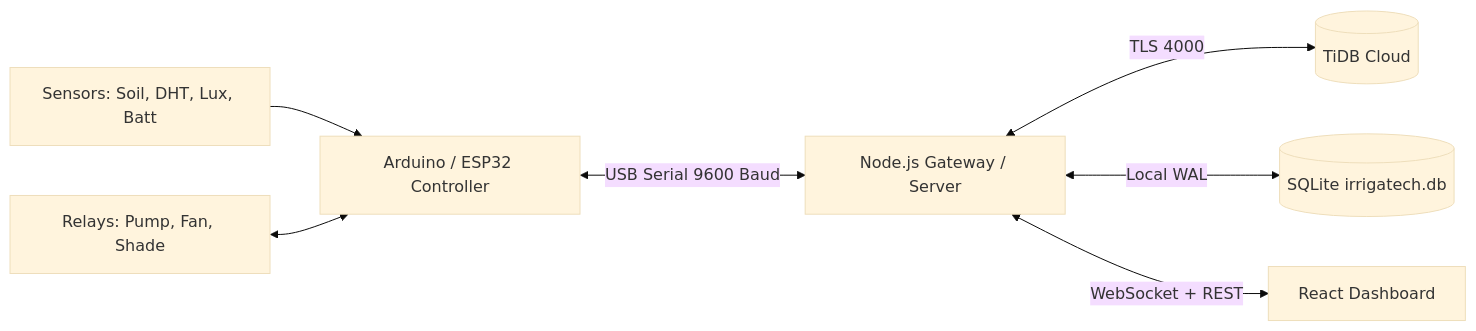
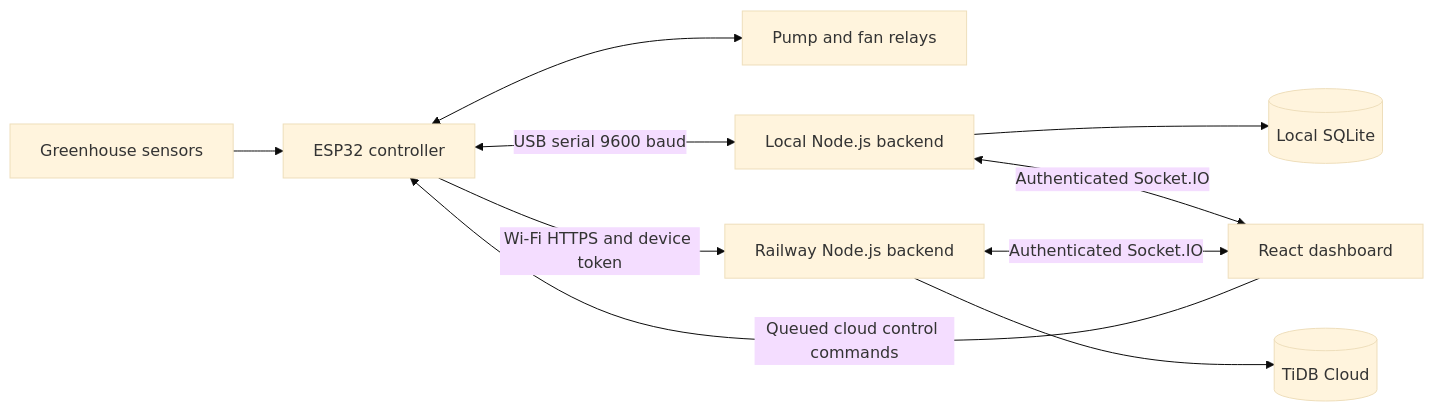
One commit to jakommatin-design/irrigatech changed the diagram in README.md. Above: the diagram before and after it, drawn with Mermaid (base theme). The commit also changed other lines of this file and 7 other files, not shown here.

````diff
--- a/README.md
+++ b/README.md
@@ -22,9 +24,12 @@
 ```mermaid
-graph LR
-    Sensors[Sensors: Soil, DHT, Lux, Batt] --> MCU[Arduino / ESP32 Controller]
-    Actuators[Relays: Pump, Fan, Shade] <--> MCU
-    MCU <-->|USB Serial 9600 Baud| Gateway[Node.js Gateway / Server]
-    Gateway <-->|TLS 4000| TiDB[(TiDB Cloud)]
-    Gateway <-->|Local WAL| SQLite[(SQLite irrigatech.db)]
-    Gateway <-->|WebSocket + REST| WebApp[React Dashboard]
+flowchart LR
+    Sensors[Greenhouse sensors] --> ESP[ESP32 controller]
+    ESP <--> Relays[Pump and fan relays]
+    ESP <-->|USB serial 9600 baud| Local[Local Node.js backend]
+    ESP -->|Wi-Fi HTTPS and device token| Cloud[Railway Node.js backend]
+    Local --> SQLite[(Local SQLite)]
+    Cloud --> TiDB[(TiDB Cloud)]
+    Local <-->|Authenticated Socket.IO| Dashboard[React dashboard]
+    Cloud <-->|Authenticated Socket.IO| Dashboard
+    Dashboard -->|Queued cloud control commands| ESP
 ```
````
